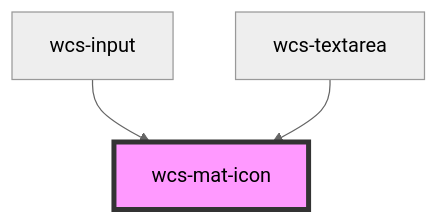
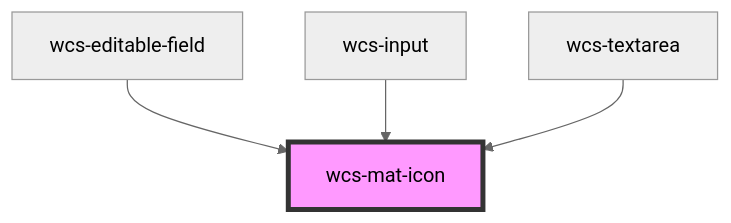
Before and after one commit to SNCFdevelopers/wcs: the diagram in src/components/mat-icon/readme.md, drawn with Mermaid (neutral theme). The commit also changed other lines of this file and 15 other files, not shown here.

Commit message:
feat(editable-field): first version for input, textarea and select

````diff
--- a/src/components/mat-icon/readme.md
+++ b/src/components/mat-icon/readme.md
@@ -48,6 +49,7 @@
 ```mermaid
 graph TD;
+  wcs-editable-field --> wcs-mat-icon
   wcs-input --> wcs-mat-icon
   wcs-textarea --> wcs-mat-icon
   style wcs-mat-icon fill:#f9f,stroke:#333,stroke-width:4px
 ```
````
